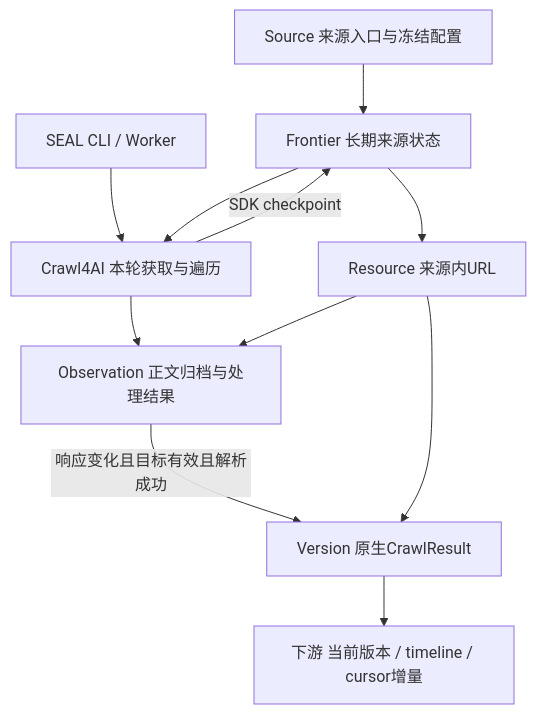
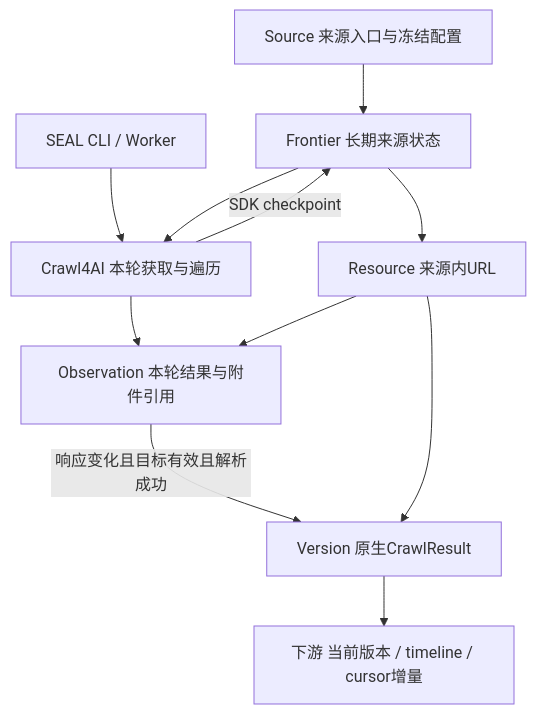
Before and after one commit to nanzhi84/SEAL: the diagram in docs/plans/unified-document-pipeline.md, drawn with Mermaid. The commit also changed other lines of this file and 20 other files, not shown here.

````diff
--- a/docs/plans/unified-document-pipeline.md
+++ b/docs/plans/unified-document-pipeline.md
@@ -18,13 +110,13 @@
 ```mermaid
 flowchart TD
  S[Source 来源入口与冻结配置] --> F[Frontier 长期来源状态]
  F --> R[Resource 来源内URL]
  CLI[SEAL CLI / Worker] --> C[Crawl4AI 本轮获取与遍历]
  F --> C
  C -->|SDK checkpoint| F
- C --> O[Observation 正文归档与处理结果]
+ C --> O[Observation 本轮结果与附件引用]
  R --> O
  O -->|响应变化且目标有效且解析成功| V[Version 原生CrawlResult]
  R --> V
  V --> D[下游 当前版本 / timeline / cursor增量]
 ```
````
